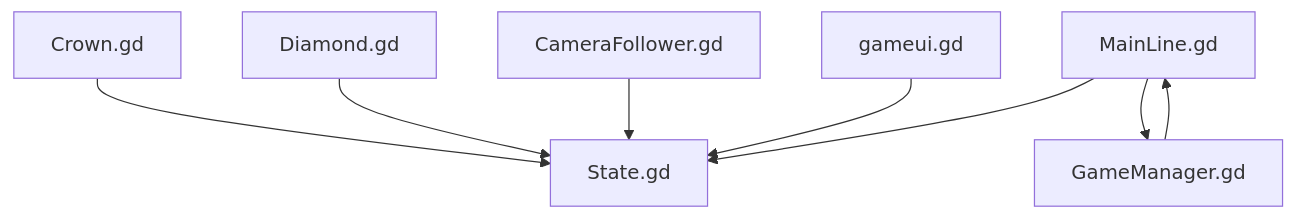
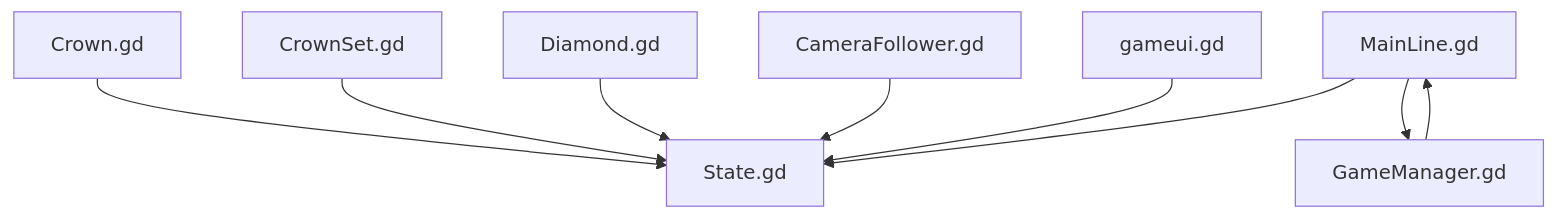
One commit to godotline/godot-line changed the second of 10 diagrams in .qoder/repowiki/zh/content/核心架构设计/设计模式应用/状态管理模式.md. Above: the diagram before and after it, drawn with Mermaid. The commit also changed other lines of this file and 18 other files, not shown here.

````diff
--- a/.qoder/repowiki/zh/content/核心架构设计/设计模式应用/状态管理模式.md
+++ b/.qoder/repowiki/zh/content/核心架构设计/设计模式应用/状态管理模式.md
@@ -90,17 +104,19 @@
 ```mermaid
 graph TB
 State["State.gd"]
 ML["MainLine.gd"]
 GM["GameManager.gd"]
 CF["CameraFollower.gd"]
 CR["Crown.gd"]
+CRS["CrownSet.gd"]
 DM["Diamond.gd"]
 UI["gameui.gd"]
 CR --> State
+CRS --> State
 DM --> State
 ML --> State
 CF --> State
 UI --> State
 GM --> ML
 ML --> GM
 ```
````
